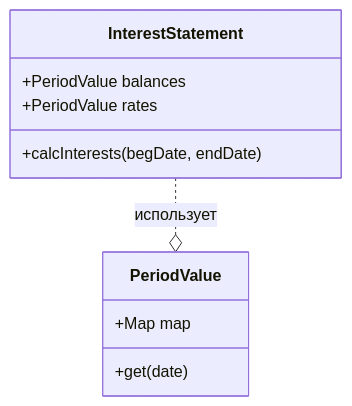
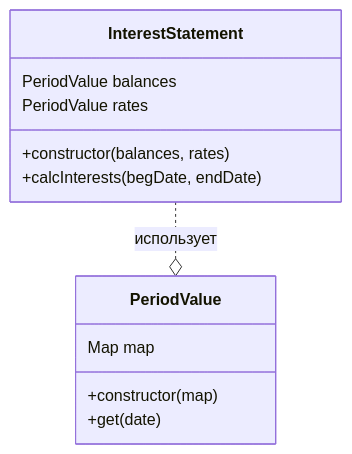
The diagram in README.md (ilb/interestscalc), drawn with Mermaid before and after one commit. The commit also changed other lines of this file, not shown here.

````diff
--- a/README.md
+++ b/README.md
@@ -5,14 +5,18 @@
 ```mermaid
 classDiagram
       class InterestStatement{
-          +PeriodValue balances
-          +PeriodValue rates
+          PeriodValue balances
+          PeriodValue rates
+          +constructor(balances, rates)
           +calcInterests(begDate, endDate)
       }
+      link InterestStatement "#InterestStatement" "InterestStatement"
+
       class PeriodValue{
-          +Map map
+          Map map
+          +constructor(map)
           +get(date)
       }
 
       InterestStatement ..o PeriodValue: использует
 ```
````
